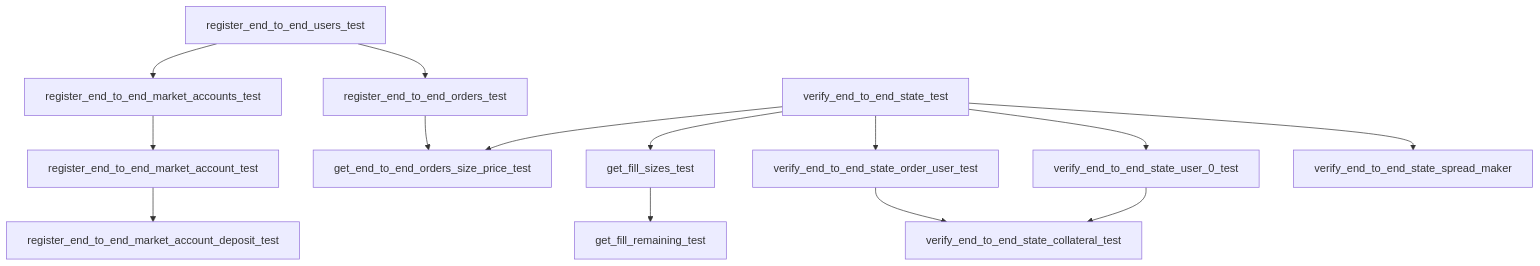
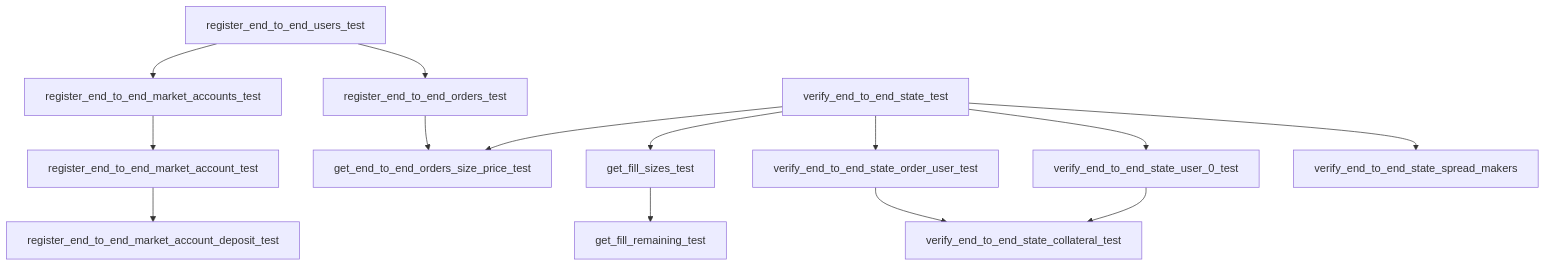
Before and after one commit to econia-labs/econia: the fourth of 4 diagrams in src/move/econia/dependencies.md, drawn with Mermaid. The commit also changed 1 other file, not shown here.

Commit message:
Add maker order in testing verification func

````diff
--- a/src/move/econia/dependencies.md
+++ b/src/move/econia/dependencies.md
@@ -157,20 +157,20 @@
 ```mermaid
 
 flowchart TD
 
     register_end_to_end_users_test --> register_end_to_end_market_accounts_test
     register_end_to_end_users_test --> register_end_to_end_orders_test
     register_end_to_end_market_accounts_test --> register_end_to_end_market_account_test
     register_end_to_end_market_account_test --> register_end_to_end_market_account_deposit_test
     register_end_to_end_orders_test --> get_end_to_end_orders_size_price_test
 
     verify_end_to_end_state_test --> get_end_to_end_orders_size_price_test
     verify_end_to_end_state_test --> get_fill_sizes_test
     get_fill_sizes_test --> get_fill_remaining_test
     verify_end_to_end_state_test --> verify_end_to_end_state_order_user_test
     verify_end_to_end_state_test --> verify_end_to_end_state_user_0_test
     verify_end_to_end_state_order_user_test --> verify_end_to_end_state_collateral_test
     verify_end_to_end_state_user_0_test --> verify_end_to_end_state_collateral_test
-    verify_end_to_end_state_test --> verify_end_to_end_state_spread_maker
+    verify_end_to_end_state_test --> verify_end_to_end_state_spread_makers
 
 ```
````
